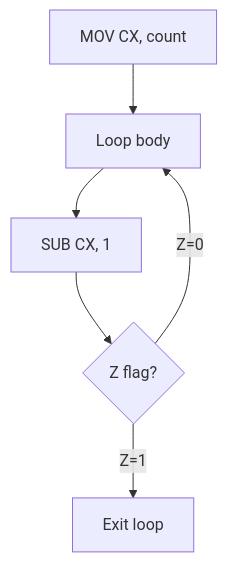
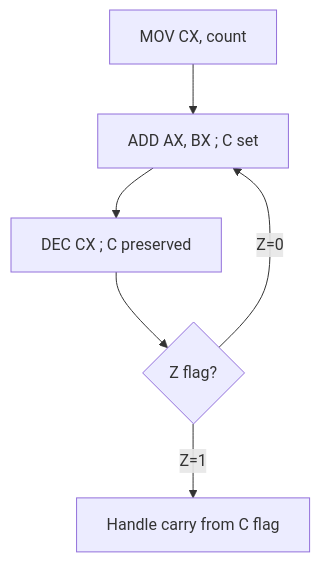
Before and after one commit to MinecAnton209/NovumOS-16bit: diagram 18 of 20 in docs/en/isa/flags-behavior.md, drawn with Mermaid. The commit also changed other lines of this file and 20 other files, not shown here.

````diff
--- a/docs/en/isa/flags-behavior.md
+++ b/docs/en/isa/flags-behavior.md
@@ -587,8 +602,8 @@
 ```mermaid
 flowchart TD
-    A["MOV CX, count"] --> B["Loop body"]
-    B --> C["SUB CX, 1"]
+    A["MOV CX, count"] --> B["ADD AX, BX ; C set"]
+    B --> C["DEC CX ; C preserved"]
     C --> D{"Z flag?"}
     D -- "Z=0" --> B
-    D -- "Z=1" --> E["Exit loop"]
+    D -- "Z=1" --> E["Handle carry from C flag"]
 ```
````
